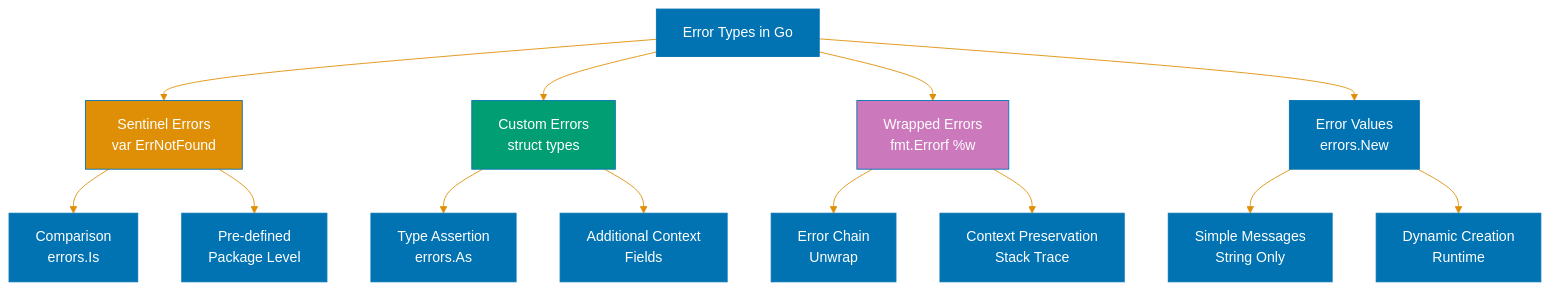
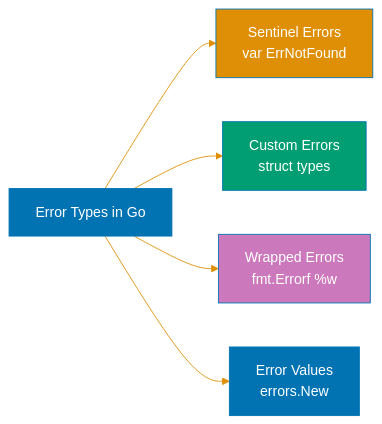
One commit to wahidyankf/open-sharia-enterprise changed the fifth of 5 diagrams in docs/explanation/software-engineering/programming-languages/golang/error-handling-standards.md. Above: the diagram before and after it, drawn with Mermaid. The commit also changed other lines of this file and 11 other files, not shown here.

First line of the commit message:
fix(docs): fix mermaid violations in golang docs

````diff
--- a/docs/explanation/software-engineering/programming-languages/golang/error-handling-standards.md
+++ b/docs/explanation/software-engineering/programming-languages/golang/error-handling-standards.md
@@ -2261,26 +2269,14 @@
 ```mermaid
 %%{init: {'theme':'base', 'themeVariables': { 'primaryColor':'#0173B2','primaryTextColor':'#fff','primaryBorderColor':'#0173B2','lineColor':'#DE8F05','secondaryColor':'#029E73','tertiaryColor':'#CC78BC','fontSize':'16px'}}}%%
-flowchart TD
+flowchart LR
     A[Error Types in Go] --> B[Sentinel Errors<br/>var ErrNotFound]
     A --> C[Custom Errors<br/>struct types]
     A --> D[Wrapped Errors<br/>fmt.Errorf %w]
     A --> E[Error Values<br/>errors.New]
-
-    B --> B1[Comparison<br/>errors.Is]
-    B --> B2[Pre-defined<br/>Package Level]
-
-    C --> C1[Type Assertion<br/>errors.As]
-    C --> C2[Additional Context<br/>Fields]
-
-    D --> D1[Error Chain<br/>Unwrap]
-    D --> D2[Context Preservation<br/>Stack Trace]
-
-    E --> E1[Simple Messages<br/>String Only]
-    E --> E2[Dynamic Creation<br/>Runtime]
 
     style A fill:#0173B2,color:#fff
     style B fill:#DE8F05,color:#fff
     style C fill:#029E73,color:#fff
     style D fill:#CC78BC,color:#fff
     style E fill:#0173B2,color:#fff
 ```
````
